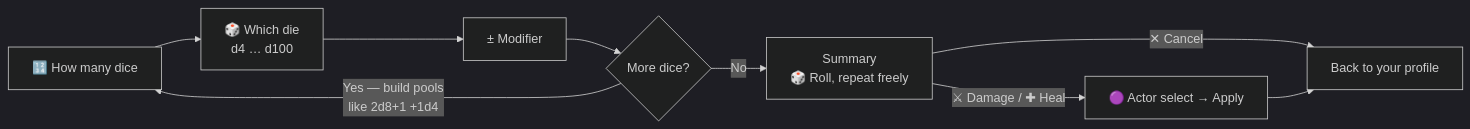
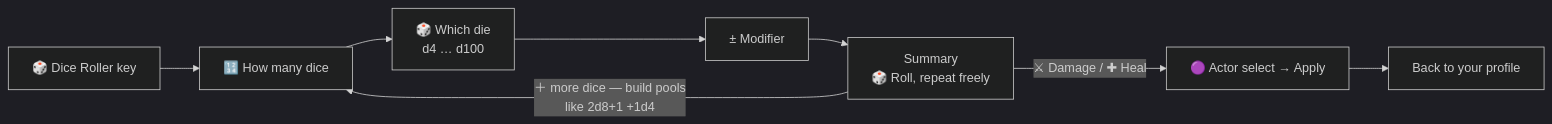
Before and after one commit to Lil-Dank/DnD-Combat-Tracker: the fourth of 5 diagrams in README.md, drawn with Mermaid (dark theme). The commit also changed other lines of this file, not shown here.

First line of the commit message:
README: simplify the Stream Deck flow diagrams

````diff
--- a/README.md
+++ b/README.md
@@ -462,11 +459,10 @@
 ```mermaid
 flowchart LR
-    N1["🔢 How many dice"] --> D1["🎲 Which die<br/>d4 … d100"]
+    K["🎲 Dice Roller key"] --> N1["🔢 How many dice"]
+    N1 --> D1["🎲 Which die<br/>d4 … d100"]
     D1 --> M["± Modifier"]
-    M --> Q{"More dice?"}
-    Q -->|"Yes — build pools<br/>like 2d8+1 +1d4"| N1
-    Q -->|No| S["Summary<br/>🎲 Roll, repeat freely"]
+    M --> S["Summary<br/>🎲 Roll, repeat freely"]
+    S -->|"＋ more dice — build pools<br/>like 2d8+1 +1d4"| N1
     S -->|"⚔ Damage / ✚ Heal"| A["🟣 Actor select → Apply"]
-    S -->|"✕ Cancel"| X["Back to your profile"]
-    A --> X
+    A --> X["Back to your profile"]
 ```
````
